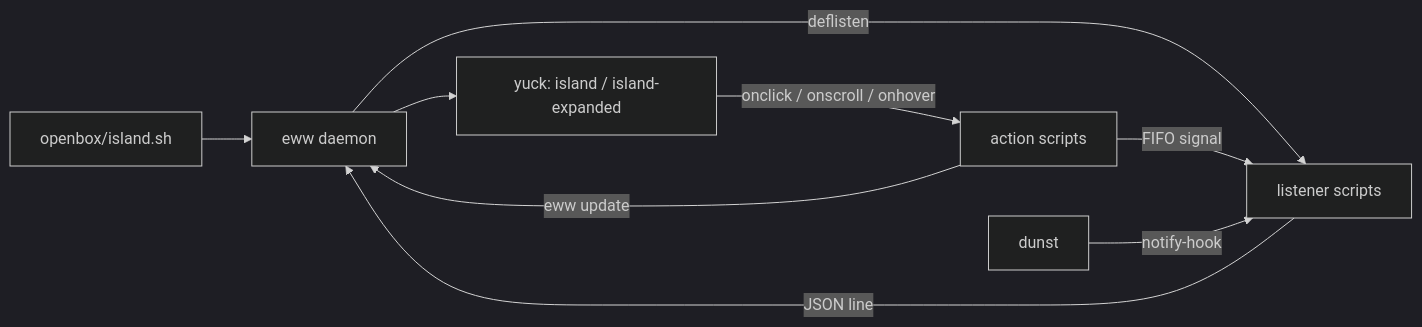
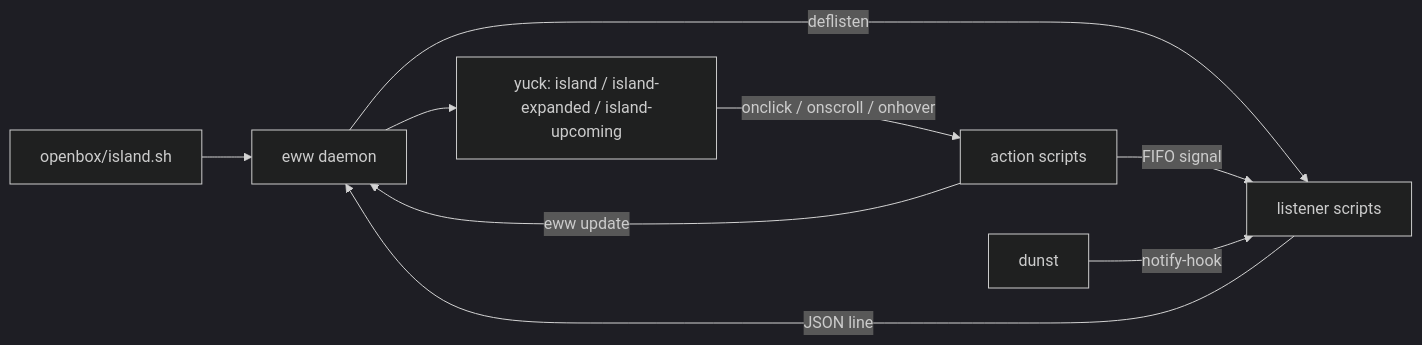
Before and after one commit to ardzz/openbox-island: the diagram in README.md, drawn with Mermaid (dark theme). The commit also changed other lines of this file and 3 other files, not shown here.

````diff
--- a/README.md
+++ b/README.md
@@ -223,11 +230,11 @@
 ```mermaid
 flowchart LR
   L[openbox/island.sh] --> D[eww daemon]
   D -->|deflisten| S[listener scripts]
   S -->|JSON line| D
-  D --> W[yuck: island / island-expanded]
+  D --> W[yuck: island / island-expanded / island-upcoming]
   W -->|onclick / onscroll / onhover| C[action scripts]
   C -->|FIFO signal| S
   C -->|eww update| D
   DU[dunst] -->|notify-hook| S
 ```
````
